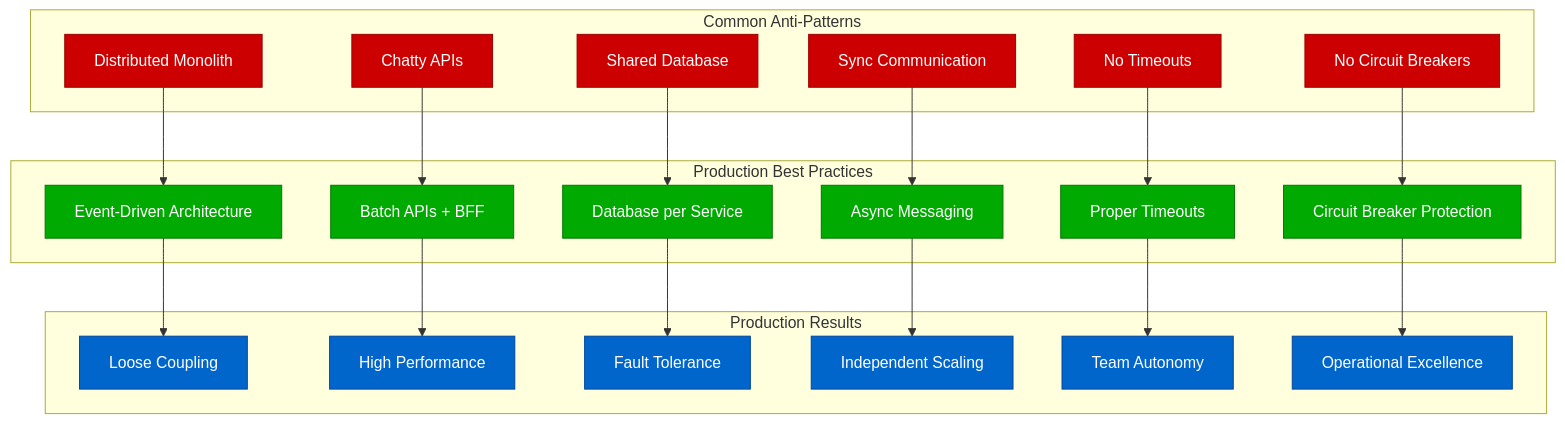
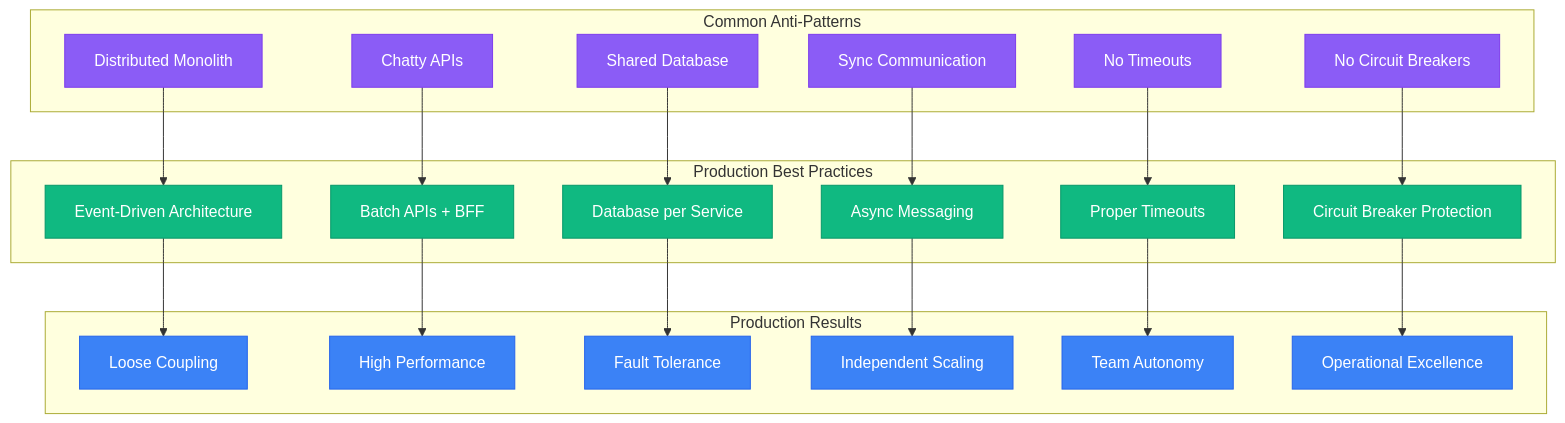
One commit to deepaucksharma/DS changed diagram 13 of 13 in site/docs/examples/pitfalls.md. Above: the diagram before and after it, drawn with Mermaid. The commit also changed other lines of this file and 303 other files, not shown here.

````diff
--- a/site/docs/examples/pitfalls.md
+++ b/site/docs/examples/pitfalls.md
@@ -670,51 +670,51 @@
 ```mermaid
 graph TB
     subgraph AntiPatterns[Common Anti-Patterns]
         DISTRIBUTED_MONOLITH[Distributed Monolith]
         CHATTY_APIS[Chatty APIs]
         SHARED_DATABASE[Shared Database]
         SYNC_EVERYWHERE[Sync Communication]
         NO_TIMEOUTS[No Timeouts]
         NO_CIRCUITS[No Circuit Breakers]
     end
 
     subgraph BestPractices[Production Best Practices]
         EVENT_DRIVEN[Event-Driven Architecture]
         BATCH_APIS[Batch APIs + BFF]
         DATABASE_PER_SERVICE[Database per Service]
         ASYNC_MESSAGING[Async Messaging]
         PROPER_TIMEOUTS[Proper Timeouts]
         CIRCUIT_PROTECTION[Circuit Breaker Protection]
     end
 
     subgraph Results[Production Results]
         LOOSE_COUPLING[Loose Coupling]
         HIGH_PERFORMANCE[High Performance]
         FAULT_TOLERANCE[Fault Tolerance]
         INDEPENDENT_SCALING[Independent Scaling]
         TEAM_AUTONOMY[Team Autonomy]
         OPERATIONAL_EXCELLENCE[Operational Excellence]
     end
 
     DISTRIBUTED_MONOLITH --> EVENT_DRIVEN
     CHATTY_APIS --> BATCH_APIS
     SHARED_DATABASE --> DATABASE_PER_SERVICE
     SYNC_EVERYWHERE --> ASYNC_MESSAGING
     NO_TIMEOUTS --> PROPER_TIMEOUTS
     NO_CIRCUITS --> CIRCUIT_PROTECTION
 
     EVENT_DRIVEN --> LOOSE_COUPLING
     BATCH_APIS --> HIGH_PERFORMANCE
     DATABASE_PER_SERVICE --> FAULT_TOLERANCE
     ASYNC_MESSAGING --> INDEPENDENT_SCALING
     PROPER_TIMEOUTS --> TEAM_AUTONOMY
     CIRCUIT_PROTECTION --> OPERATIONAL_EXCELLENCE
 
-    classDef antiStyle fill:#CC0000,stroke:#990000,color:#fff
-    classDef practiceStyle fill:#00AA00,stroke:#007700,color:#fff
-    classDef resultStyle fill:#0066CC,stroke:#004499,color:#fff
+    classDef antiStyle fill:#8B5CF6,stroke:#7C3AED,color:#fff
+    classDef practiceStyle fill:#10B981,stroke:#059669,color:#fff
+    classDef resultStyle fill:#3B82F6,stroke:#2563EB,color:#fff
 
     class DISTRIBUTED_MONOLITH,CHATTY_APIS,SHARED_DATABASE,SYNC_EVERYWHERE,NO_TIMEOUTS,NO_CIRCUITS antiStyle
     class EVENT_DRIVEN,BATCH_APIS,DATABASE_PER_SERVICE,ASYNC_MESSAGING,PROPER_TIMEOUTS,CIRCUIT_PROTECTION practiceStyle
     class LOOSE_COUPLING,HIGH_PERFORMANCE,FAULT_TOLERANCE,INDEPENDENT_SCALING,TEAM_AUTONOMY,OPERATIONAL_EXCELLENCE resultStyle
 ```
````
